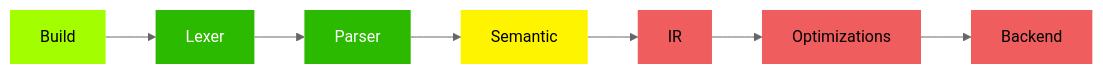
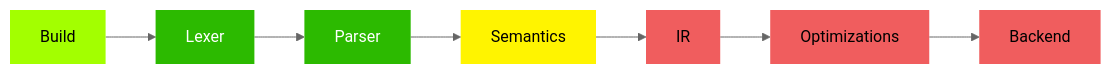
One commit to renatopp/golden-lang changed the diagram in README.md. Above: the diagram before and after it, drawn with Mermaid (neutral theme). The commit also changed other lines of this file and 4 other files, not shown here.

````diff
--- a/README.md
+++ b/README.md
@@ -11,22 +26,22 @@
 ```mermaid
 flowchart LR
 
 classDef notstarted fill:#F05D5E,color:black,stroke-width:0
 classDef temporary fill:#ffa700,color:black,stroke-width:0
 classDef experiment fill:#fff400,color:black,stroke-width:0
 classDef partial fill:#a3ff00,color:black,stroke-width:0
 classDef stable fill:#2cba00,color:white,stroke-width:0
 
 build[Build]:::partial
 lexer[Lexer]:::stable
 parser[Parser]:::stable
-semantic[Semantic]:::experiment
+semantic[Semantics]:::experiment
 ir[IR]:::notstarted
 opt[Optimizations]:::notstarted
 backend[Backend]:::notstarted
 
 build --> lexer
 lexer --> parser
 parser --> semantic
 semantic --> ir --> opt --> backend
 ```
````
